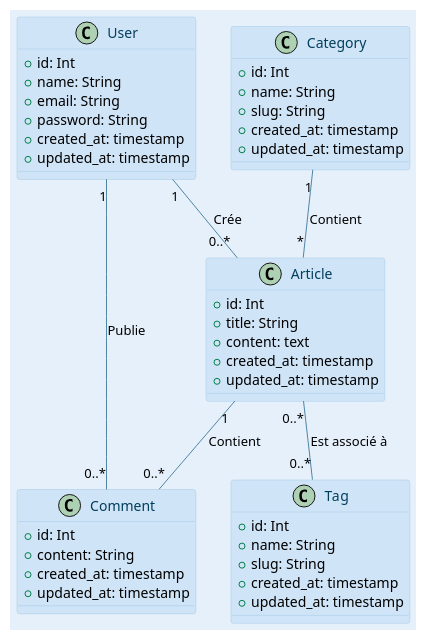
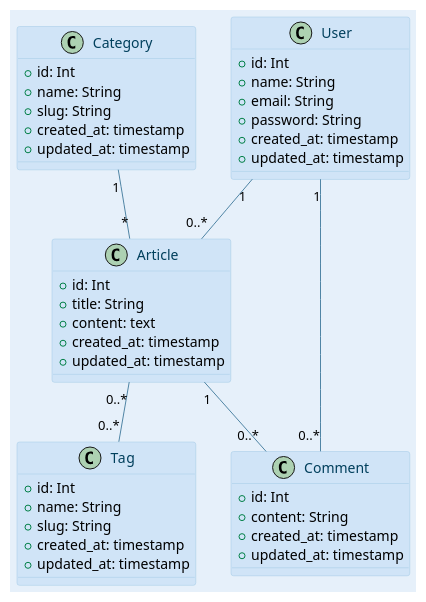
One commit to DevZakariaAz/19.Ui_Ux_Session changed the diagram in Conception/diagramme_des_classes(Prototype).plantuml. Above: the diagram before and after it, drawn with PlantUML. The commit also changed 5 other files, not shown here.

Commit message:
Update Use case and diagramme des classes

```diff
--- a/Conception/diagramme_des_classes(Prototype).plantuml
+++ b/Conception/diagramme_des_classes(Prototype).plantuml
@@ -1,50 +1,50 @@
 @startuml
 skinparam backgroundColor #E6F0FA
 skinparam classBackgroundColor #D0E4F7
 skinparam classBorderColor #A0C8E5
 skinparam classArrowColor #5085A5
 skinparam classFontColor #003F5C
 
 class User {
     +id: Int
     +name: String
     +email: String
     +password: String
     +created_at: timestamp
     +updated_at: timestamp
 }
 class Article {
     +id: Int
     +title: String
     +content: text
     +created_at: timestamp
     +updated_at: timestamp
 }
 
 class Category {
     +id: Int
     +name: String
     +slug: String
     +created_at: timestamp
     +updated_at: timestamp
 }
 class Tag {
     +id: Int
     +name: String
     +slug: String
     +created_at: timestamp
     +updated_at: timestamp
 }
 class Comment {
     +id: Int
     +content: String
     +created_at: timestamp
     +updated_at: timestamp
 }
 
-Category "1" -- "*" Article : Contient
-Article "0..*" -- "0..*" Tag : Est associé à
-Article "1" -- "0..*" Comment : Contient
-User "1" -- "0..*" Comment : Publie
-User "1" -- "0..*" Article : Crée
+Category "1" -- "*" Article 
+Article "0..*" -- "0..*" Tag 
+Article "1" -- "0..*" Comment 
+User "1" -- "0..*" Comment 
+User "1" -- "0..*" Article 
 @enduml
```
